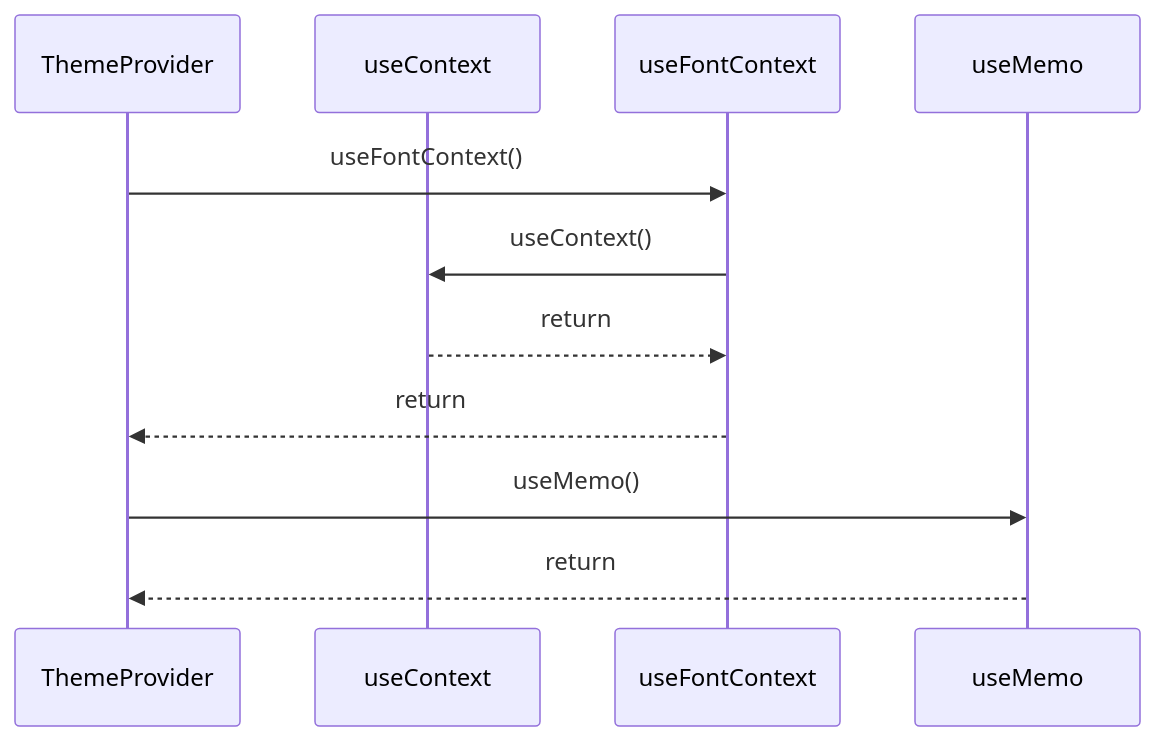
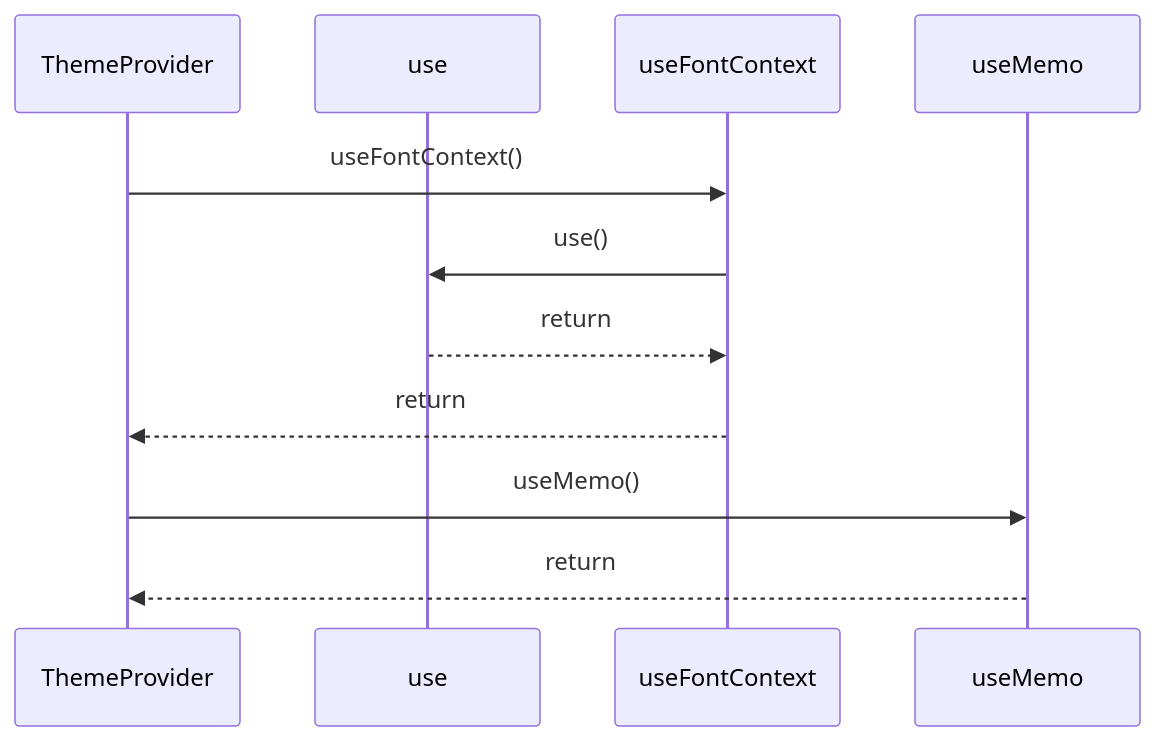
The diagram in paradox/diagrams/sequences/theme-provider.mmd (ankhorage/surface), drawn with Mermaid before and after one commit. The commit also changed 75 other files, not shown here.

```diff
--- a/paradox/diagrams/sequences/theme-provider.mmd
+++ b/paradox/diagrams/sequences/theme-provider.mmd
@@ -1,11 +1,11 @@
 sequenceDiagram
   participant participant_ThemeProvider as ThemeProvider
-  participant participant_useContext as useContext
+  participant participant_use as use
   participant participant_useFontContext as useFontContext
   participant participant_useMemo as useMemo
   participant_ThemeProvider->>participant_useFontContext: useFontContext()
-  participant_useFontContext->>participant_useContext: useContext()
-  participant_useContext-->>participant_useFontContext: return
+  participant_useFontContext->>participant_use: use()
+  participant_use-->>participant_useFontContext: return
   participant_useFontContext-->>participant_ThemeProvider: return
   participant_ThemeProvider->>participant_useMemo: useMemo()
   participant_useMemo-->>participant_ThemeProvider: return
```
